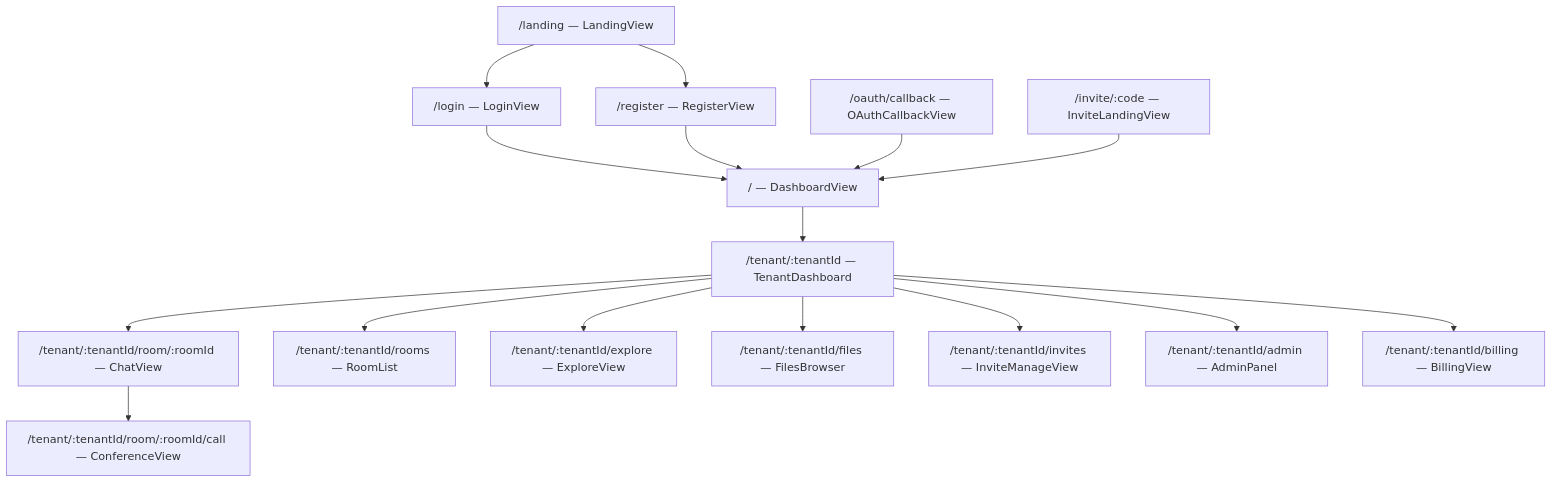
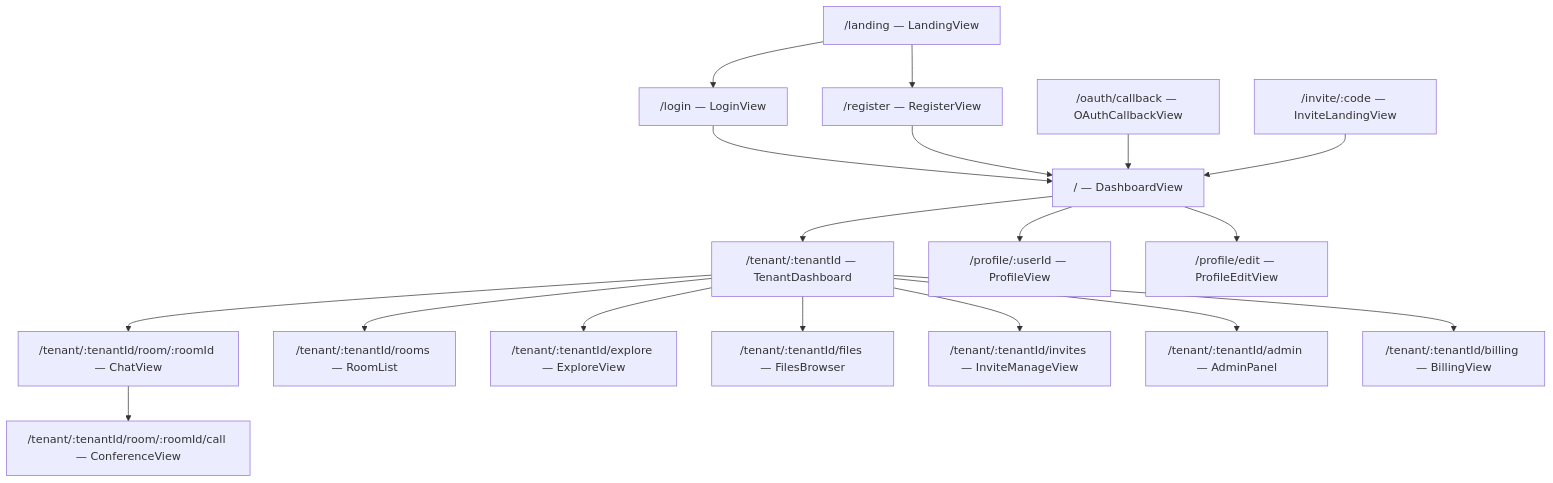
Before and after one commit to gjovanov/roomler-ai: the diagram in docs/ui.md, drawn with Mermaid. The commit also changed other lines of this file and 46 other files, not shown here.

````diff
--- a/docs/ui.md
+++ b/docs/ui.md
@@ -7,34 +7,38 @@
 ```mermaid
 graph TD
     Landing["/landing — LandingView"]
     Login["/login — LoginView"]
     Register["/register — RegisterView"]
     OAuthCb["/oauth/callback — OAuthCallbackView"]
     InviteLand["/invite/:code — InviteLandingView"]
     Dashboard["/ — DashboardView"]
     TenantDash["/tenant/:tenantId — TenantDashboard"]
     Chat["/tenant/:tenantId/room/:roomId — ChatView"]
     Call["/tenant/:tenantId/room/:roomId/call — ConferenceView"]
     Rooms["/tenant/:tenantId/rooms — RoomList"]
     Explore["/tenant/:tenantId/explore — ExploreView"]
     Files["/tenant/:tenantId/files — FilesBrowser"]
     Invites["/tenant/:tenantId/invites — InviteManageView"]
     Admin["/tenant/:tenantId/admin — AdminPanel"]
     Billing["/tenant/:tenantId/billing — BillingView"]
+    ProfileView["/profile/:userId — ProfileView"]
+    ProfileEdit["/profile/edit — ProfileEditView"]
 
     Landing --> Login
     Landing --> Register
     Login --> Dashboard
     Register --> Dashboard
     OAuthCb --> Dashboard
     InviteLand --> Dashboard
     Dashboard --> TenantDash
     TenantDash --> Chat
     TenantDash --> Rooms
     TenantDash --> Explore
     TenantDash --> Files
     Chat --> Call
     TenantDash --> Invites
     TenantDash --> Admin
     TenantDash --> Billing
+    Dashboard --> ProfileView
+    Dashboard --> ProfileEdit
 ```
````
